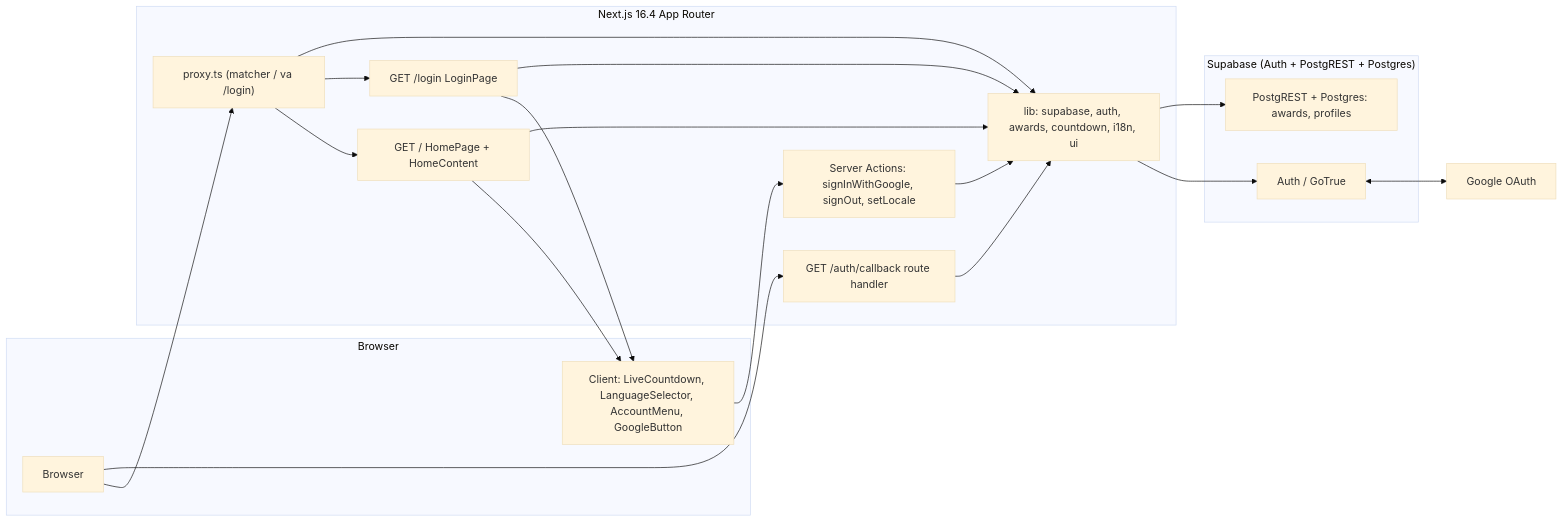
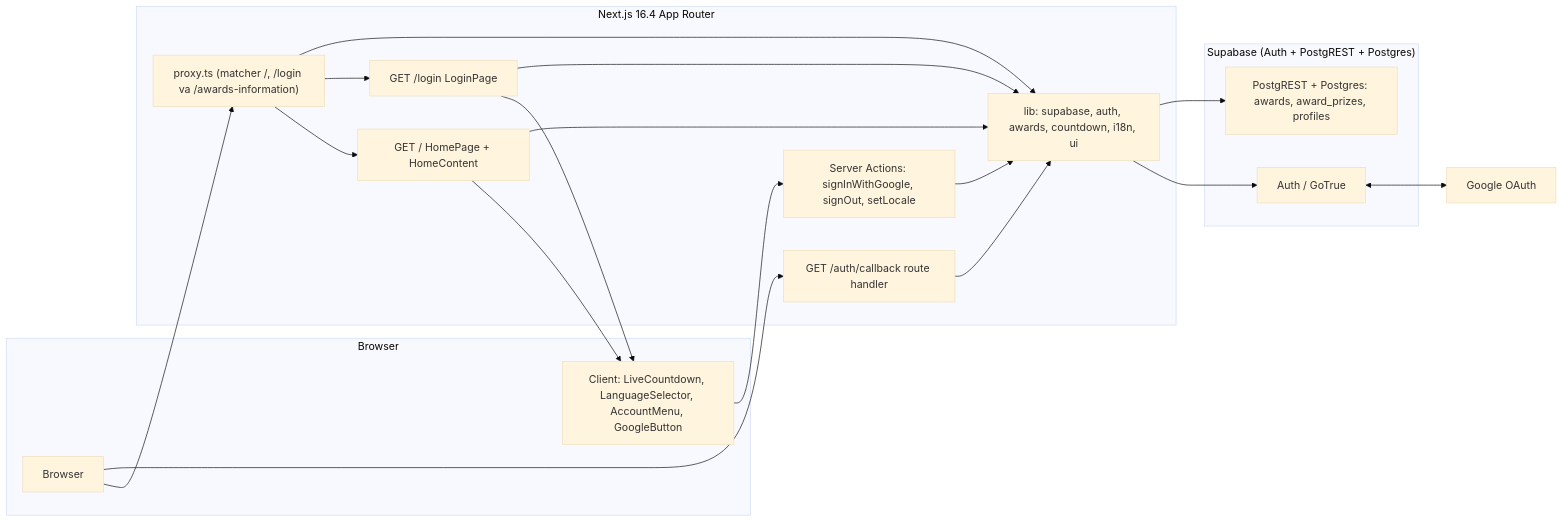
One commit to lannp-3774/agentic-coding-hands-on changed the first of 4 diagrams in docs/system/architecture.md. Above: the diagram before and after it, drawn with Mermaid (base theme). The commit also changed other lines of this file and 23 other files, not shown here.

First line of the commit message:
docs(spec): add F004 awards information spec and sync generated docs

````diff
--- a/docs/system/architecture.md
+++ b/docs/system/architecture.md
@@ -18,36 +18,36 @@
 ```mermaid
 flowchart LR
     subgraph Browser
         B[Browser]
         CD["Client: LiveCountdown, LanguageSelector, AccountMenu, GoogleButton"]
     end
     subgraph "Next.js 16.4 App Router"
-        P["proxy.ts (matcher / va /login)"]
+        P["proxy.ts (matcher /, /login va /awards-information)"]
         H["GET / HomePage + HomeContent"]
         L["GET /login LoginPage"]
         CB["GET /auth/callback route handler"]
         A["Server Actions: signInWithGoogle, signOut, setLocale"]
         LIB["lib: supabase, auth, awards, countdown, i18n, ui"]
     end
     subgraph "Supabase (Auth + PostgREST + Postgres)"
         G["Auth / GoTrue"]
-        R["PostgREST + Postgres: awards, profiles"]
+        R["PostgREST + Postgres: awards, award_prizes, profiles"]
     end
     GO[Google OAuth]
 
     B --> P
     P --> H
     P --> L
     B --> CB
     H --> CD
     L --> CD
     CD --> A
     H --> LIB
     L --> LIB
     A --> LIB
     CB --> LIB
     P --> LIB
     LIB --> G
     LIB --> R
     G <--> GO
 ```
````
